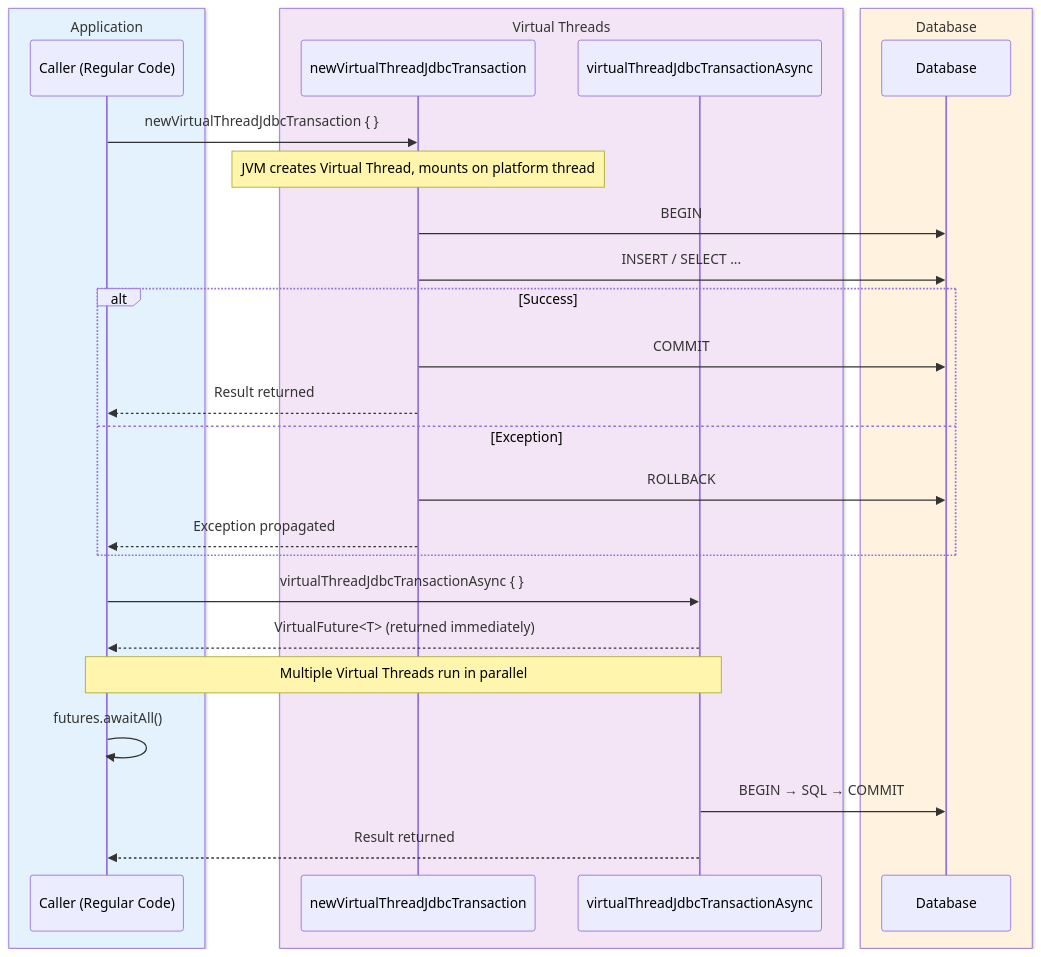
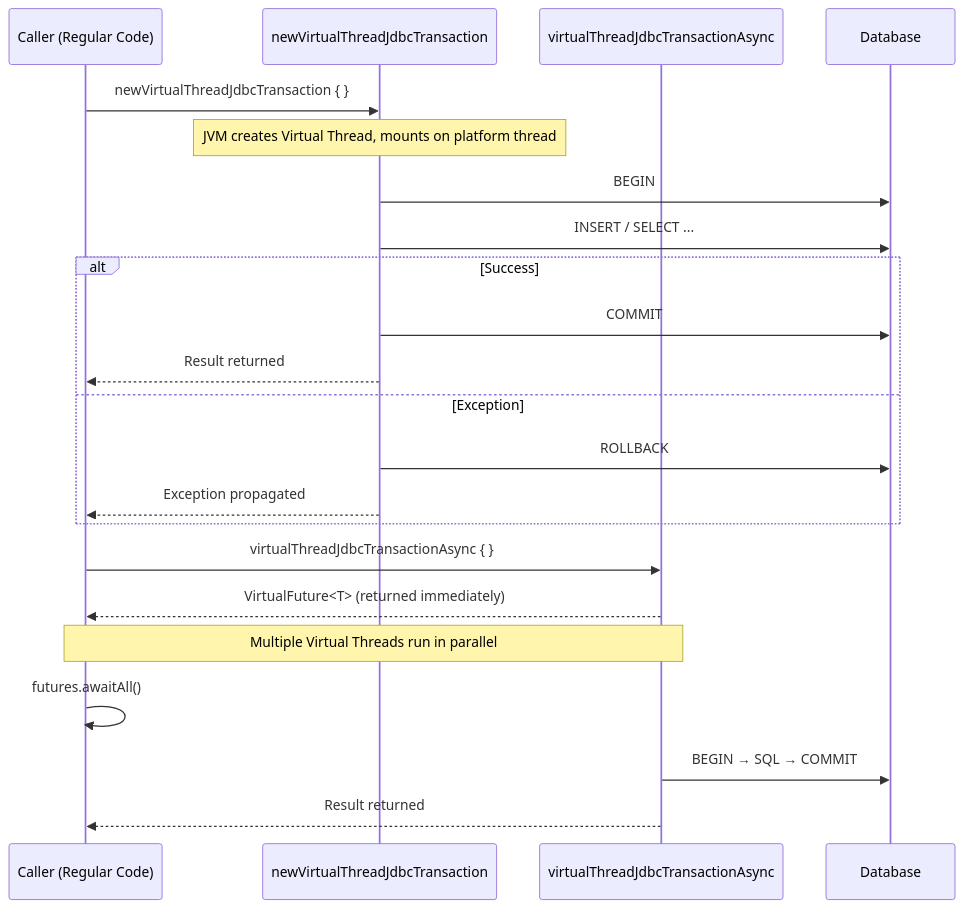
One commit to bluetape4k/exposed-workshop changed the first of 4 diagrams in 08-coroutines/02-virtualthreads-basic/README.md. Above: the diagram before and after it, drawn with Mermaid. The commit also changed 42 other files, not shown here.

First line of the commit message:
docs: sequence diagram에서 box rgb() 제거 (option 1 - GitHub dark mode 기본 렌더링 사용)

````diff
--- a/08-coroutines/02-virtualthreads-basic/README.md
+++ b/08-coroutines/02-virtualthreads-basic/README.md
@@ -52,33 +52,27 @@
 ```mermaid
 %%{init: {"theme": "neutral", "themeVariables": {"fontFamily": "'Comic Mono', 'goorm sans code', 'JetBrains Mono', 'goorm sans'"}}}%%
 sequenceDiagram
-    box rgb(227, 242, 253) Application
-        participant C as Caller (Regular Code)
-    end
-    box rgb(243, 229, 245) Virtual Threads
-        participant VT as newVirtualThreadJdbcTransaction
-        participant VTA as virtualThreadJdbcTransactionAsync
-    end
-    box rgb(255, 243, 224) Database
-        participant DB as Database
-    end
+    participant C as Caller (Regular Code)
+    participant VT as newVirtualThreadJdbcTransaction
+    participant VTA as virtualThreadJdbcTransactionAsync
+    participant DB as Database
 
     C->>VT: newVirtualThreadJdbcTransaction { }
     Note over VT: JVM creates Virtual Thread, mounts on platform thread
     VT->>DB: BEGIN
     VT->>DB: INSERT / SELECT ...
     alt Success
         VT->>DB: COMMIT
         VT-->>C: Result returned
     else Exception
         VT->>DB: ROLLBACK
         VT-->>C: Exception propagated
     end
 
     C->>VTA: virtualThreadJdbcTransactionAsync { }
     VTA-->>C: VirtualFuture<T> (returned immediately)
     Note over C,VTA: Multiple Virtual Threads run in parallel
     C->>C: futures.awaitAll()
     VTA->>DB: BEGIN → SQL → COMMIT
     VTA-->>C: Result returned
 ```
````
